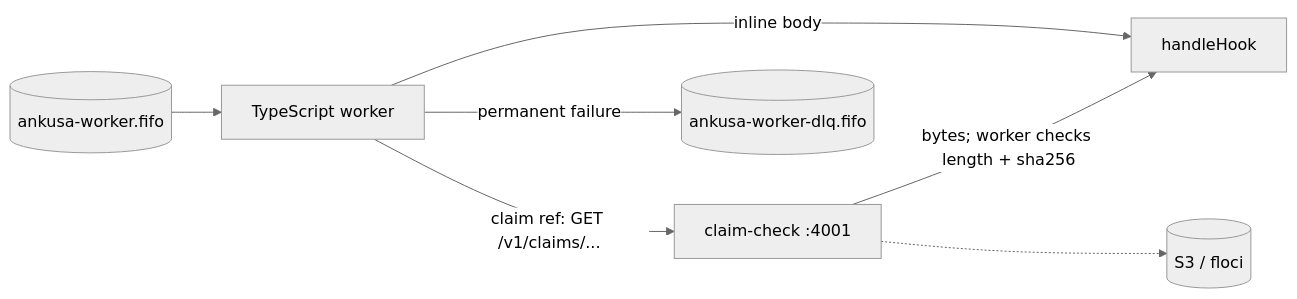
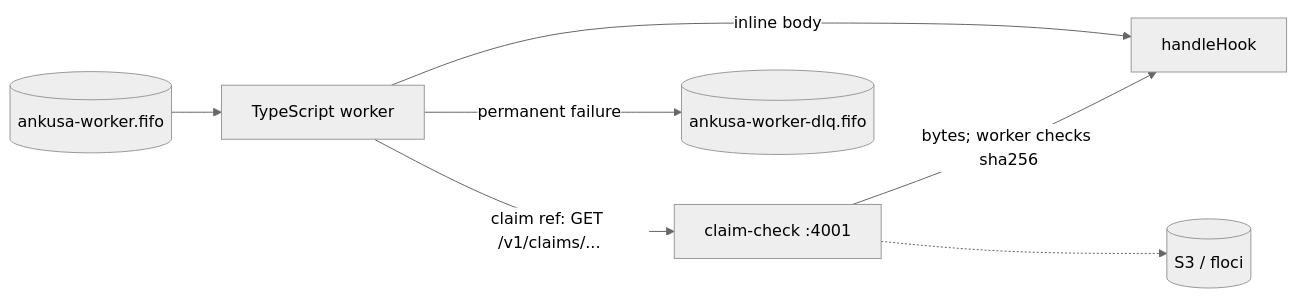
One commit to jamescarr/ankusa changed the fourth of 4 diagrams in examples/kafka-sqs-consumer/README.md. Above: the diagram before and after it, drawn with Mermaid (neutral theme). The commit also changed other lines of this file and 41 other files, not shown here.

````diff
--- a/examples/kafka-sqs-consumer/README.md
+++ b/examples/kafka-sqs-consumer/README.md
@@ -60,9 +60,9 @@
 ```mermaid
 flowchart LR
     Q[("ankusa-worker.fifo")] --> W[TypeScript worker]
     W -->|inline body| H[handleHook]
     W -->|"claim ref: GET /v1/claims/..."| CC[claim-check :4001]
     CC -.-> S[(S3 / floci)]
-    CC -->|"bytes; worker checks length + sha256"| H
+    CC -->|"bytes; worker checks sha256"| H
     W -->|permanent failure| D[("ankusa-worker-dlq.fifo")]
 ```
````
